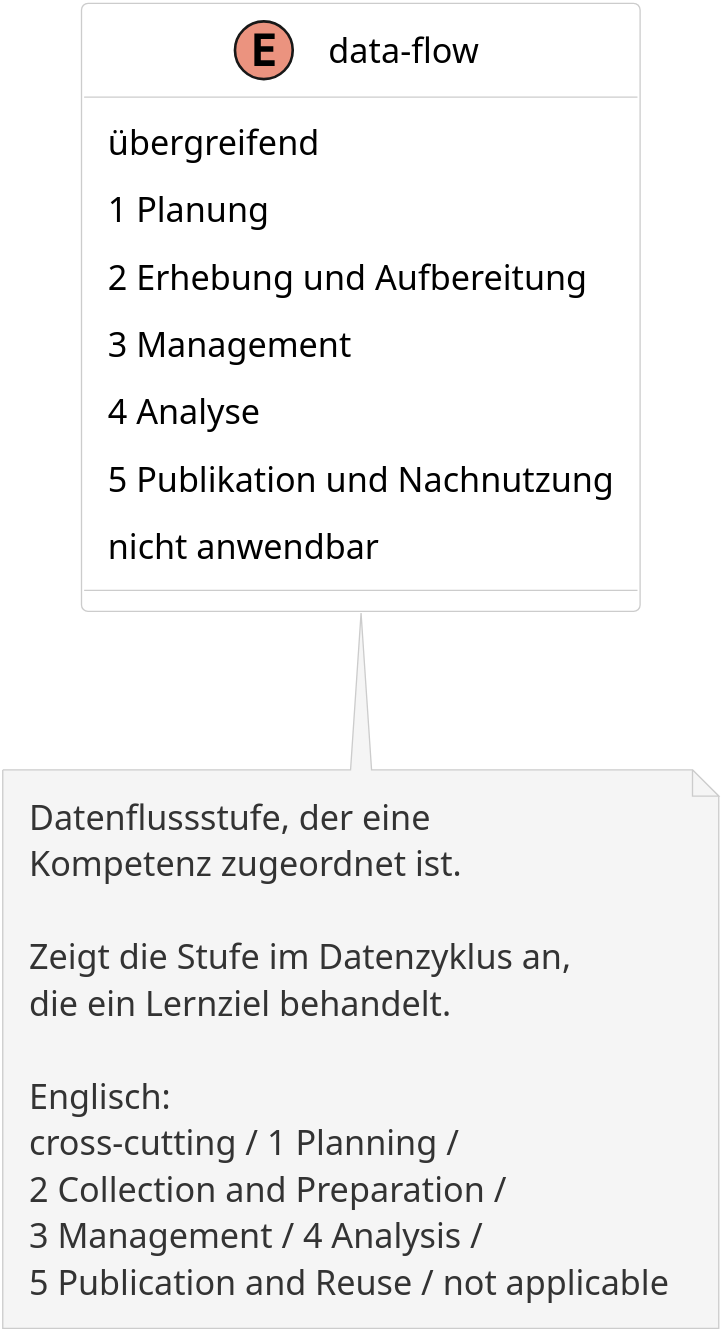
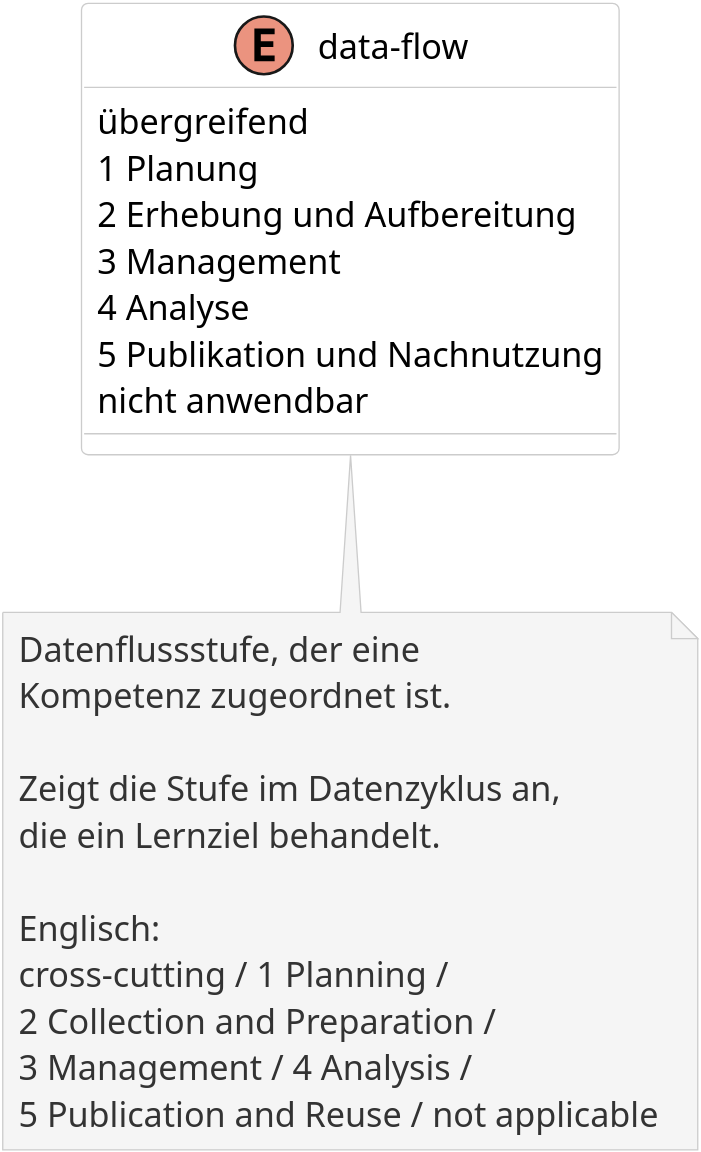
The diagram in diagrams/data-flow.puml (quadriga-dk/quadriga-schema), drawn with PlantUML before and after one commit. The commit also changed 27 other files, not shown here.

Commit message:
fix(diagrams): fix generation error

```diff
--- a/diagrams/data-flow.puml
+++ b/diagrams/data-flow.puml
@@ -1,45 +1,45 @@
 @startuml data-flow
 scale 3
 skinparam dpi 300
 skinparam classAttributeIconSize 0
 skinparam backgroundColor transparent
 skinparam classFontSize 14
 skinparam classAttributeFontSize 13
-skinparam padding 4
 skinparam class {
   BackgroundColor white
   BorderColor #cccccc
   AttributeFontColor #000000
+  Padding 4
 }
 skinparam note {
   BackgroundColor #f5f5f5
   BorderColor #cccccc
   FontColor #333333
 }
 
 
 enum "data-flow" {
   übergreifend
   1 Planung
   2 Erhebung und Aufbereitung
   3 Management
   4 Analyse
   5 Publikation und Nachnutzung
   nicht anwendbar
 }
 
 note bottom of "data-flow"
   Datenflussstufe, der eine
   Kompetenz zugeordnet ist.
   
   Zeigt die Stufe im Datenzyklus an,
   die ein Lernziel behandelt.
   
   Englisch:
   cross-cutting / 1 Planning /
   2 Collection and Preparation /
   3 Management / 4 Analysis /
   5 Publication and Reuse / not applicable
 end note
 
 @enduml
```
